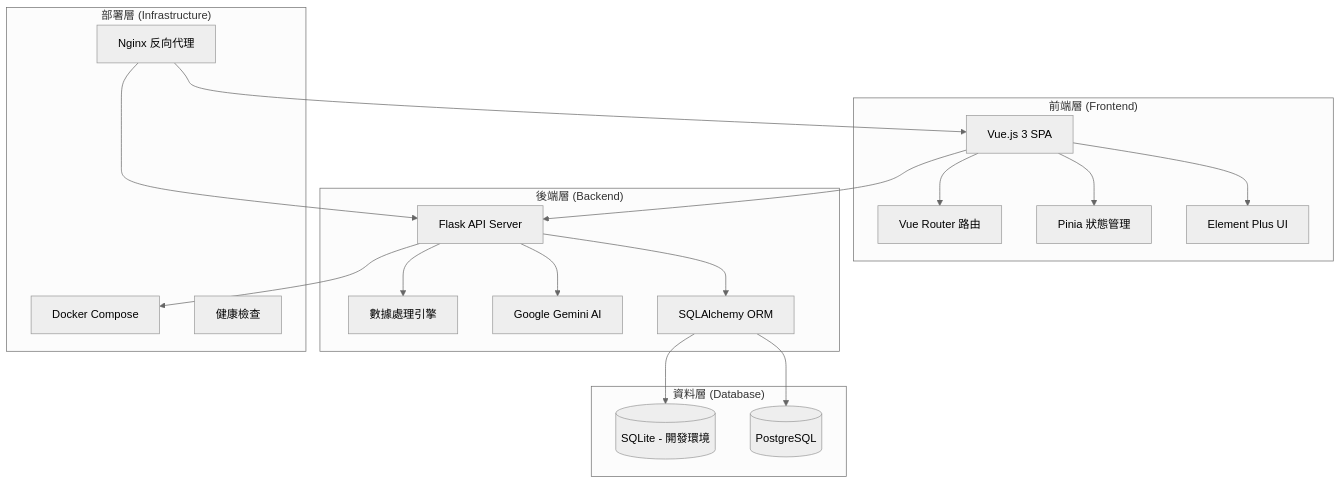
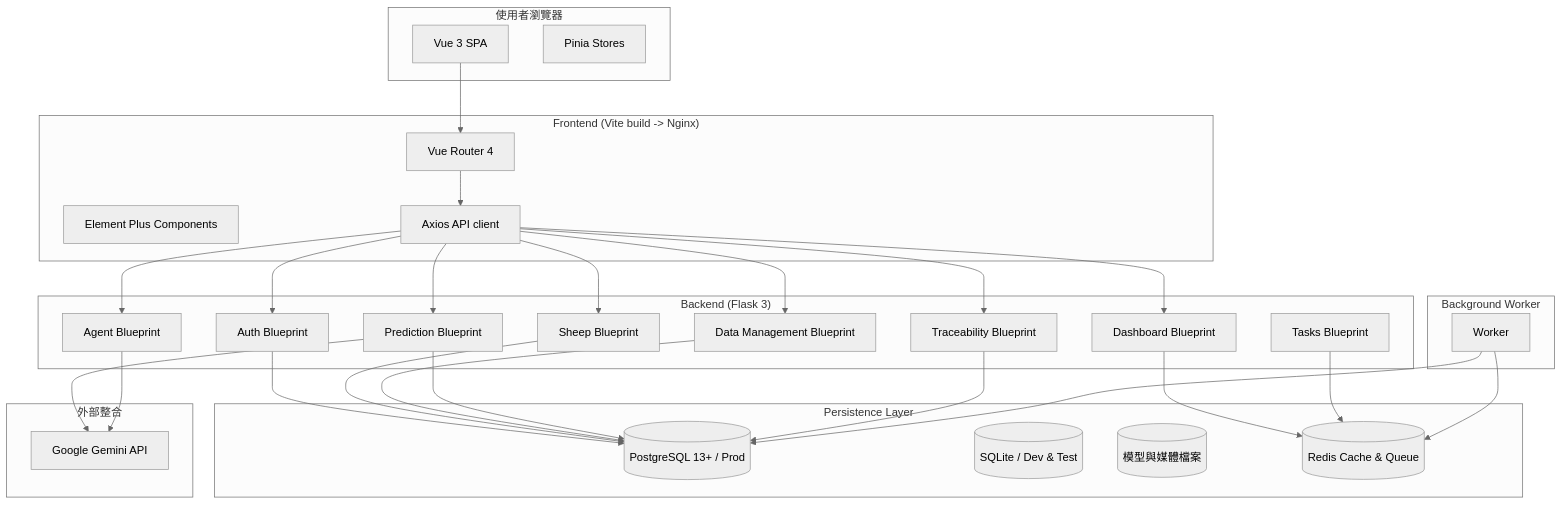
One commit to nj1i6t6/Dr.Goat-AI-Agent changed the diagram in README.md. Above: the diagram before and after it, drawn with Mermaid (neutral theme). The commit also changed other lines of this file and 203 other files, not shown here.

````diff
--- a/README.md
+++ b/README.md
@@ -98,32 +42,61 @@
 ```mermaid
 graph TB
-    subgraph "前端層 (Frontend)"
-        A[Vue.js 3 SPA] --> B[Element Plus UI]
-        A --> C[Pinia 狀態管理]
-        A --> D[Vue Router 路由]
-    end
-    
-    subgraph "後端層 (Backend)"
-        E[Flask API Server] --> F[SQLAlchemy ORM]
-        E --> G[Google Gemini AI]
-        E --> H[數據處理引擎]
-    end
-    
-    subgraph "資料層 (Database)"
-        I[(PostgreSQL)]
-        J[(SQLite - 開發環境)]
-    end
-    
-    subgraph "部署層 (Infrastructure)"
-        K[Docker Compose]
-        L[Nginx 反向代理]
-        M[健康檢查]
-    end
-    
-    A --> E
-    F --> I
-    F --> J
-    E --> K
-    L --> A
-    L --> E
+  subgraph Client["使用者瀏覽器"]
+    UI[Vue 3 SPA]
+    Pinia[Pinia Stores]
+  end
+
+  subgraph Frontend["Frontend (Vite build -> Nginx)"]
+    Router[Vue Router 4]
+    Components[Element Plus Components]
+    ApiClient[Axios API client]
+  end
+
+  subgraph Backend["Backend (Flask 3)"]
+    Auth[Auth Blueprint]
+    Sheep[Sheep Blueprint]
+    Dashboard[Dashboard Blueprint]
+    Data[Data Management Blueprint]
+    Prediction[Prediction Blueprint]
+    Agent[Agent Blueprint]
+    Traceability[Traceability Blueprint]
+    Tasks[Tasks Blueprint]
+  end
+
+  subgraph DataTier["Persistence Layer"]
+    Postgres[(PostgreSQL 13+ / Prod)]
+    SQLite[(SQLite / Dev & Test)]
+    Filesystem[(模型與媒體檔案)]
+    Redis[(Redis Cache & Queue)]
+  end
+
+  subgraph Worker["Background Worker"]
+    WorkerNode[Worker]
+  end
+
+  subgraph External["外部整合"]
+    Gemini[Google Gemini API]
+  end
+
+  UI --> Router --> ApiClient --> Auth
+  ApiClient --> Sheep
+  ApiClient --> Dashboard
+  ApiClient --> Data
+  ApiClient --> Prediction
+  ApiClient --> Agent
+  ApiClient --> Traceability
+
+  Auth --> Postgres
+  Sheep --> Postgres
+  Dashboard --> Redis
+  Data --> Postgres
+  Prediction --> Postgres
+  Traceability --> Postgres
+  Tasks --> Redis
+
+  Prediction --> Gemini
+  Agent --> Gemini
+
+  WorkerNode --> Redis
+  WorkerNode --> Postgres
 ```
````
